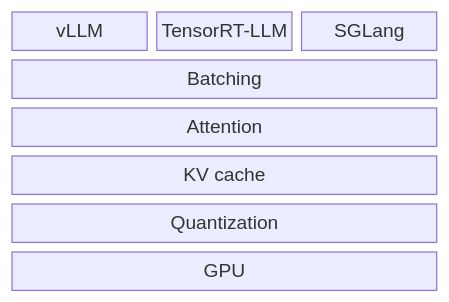
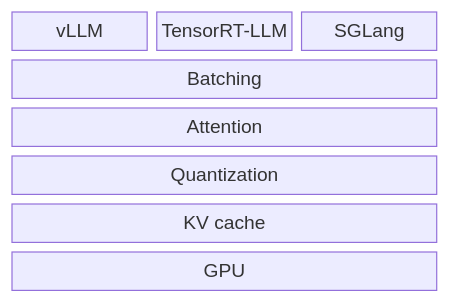
One commit to ninadpathak/ninadpathak changed the diagram in content/diagrams/llm-inference-optimization/inference-stack.mmd. Above: the diagram before and after it, drawn with Mermaid. The commit also changed 252 other files, not shown here.

First line of the commit message:
Ship image-brand batch 1: token audit, wiring, two diagrams, share cards for every post

```diff
--- a/content/diagrams/llm-inference-optimization/inference-stack.mmd
+++ b/content/diagrams/llm-inference-optimization/inference-stack.mmd
@@ -1,26 +1,26 @@
 %% @fig 01
 %% @kicker Inference optimization stack
-%% @alt The inference stack as layered slabs, top to bottom: serving engines (vLLM, TensorRT-LLM, SGLang); continuous batching, drawn as request lanes where a finished request frees its slot for a new one; Flash Attention, drawn as a score matrix streamed tile by tile into on-chip memory; the paged KV cache, drawn as three sequences mapped onto scattered memory blocks; quantization, drawn as one weight at 16, 8, and 4 bits; and the GPU with its memory stacks. Numbered squares give the order to apply them: batching, attention kernel, FP8, paged KV cache, then INT8 or 4-bit.
+%% @alt The inference stack as layered slabs, top to bottom: serving engines (vLLM, TensorRT-LLM, SGLang); continuous batching, drawn as request lanes where a finished request frees its slot for a new one; Flash Attention, drawn as a score matrix streamed tile by tile into on-chip memory; quantization, drawn as one weight at 16, 8, and 4 bits; the paged KV cache, drawn as three sequences mapped onto scattered memory blocks; and the GPU with its memory stacks. Numbered squares, top to bottom, give the order to apply them: batching, the attention kernel, FP8 quantization, then the paged KV cache.
 %% @caption Apply the levers in the numbered order. Continuous batching moves throughput 10–20× on its own; the article covers each lever's trade-off.
 %% @glyph e1 | rack
 %% @glyph e2 | rack
 %% @glyph e3 | rack accent
 %% @glyph batch | queue
 %% @glyph attn | sram
 %% @glyph kv | paged
 %% @glyph quant | quant
 %% @glyph gpu | gpu
 %% @step batch | 1
 %% @step attn | 2
 %% @step quant | 3
 %% @step kv | 4
 block-beta
   columns 3
   e1["vLLM"]
   e2["TensorRT-LLM"]
   e3["SGLang"]
   batch["Batching"]:3
   attn["Attention"]:3
+  quant["Quantization"]:3
   kv["KV cache"]:3
-  quant["Quantization"]:3
   gpu["GPU"]:3
```
